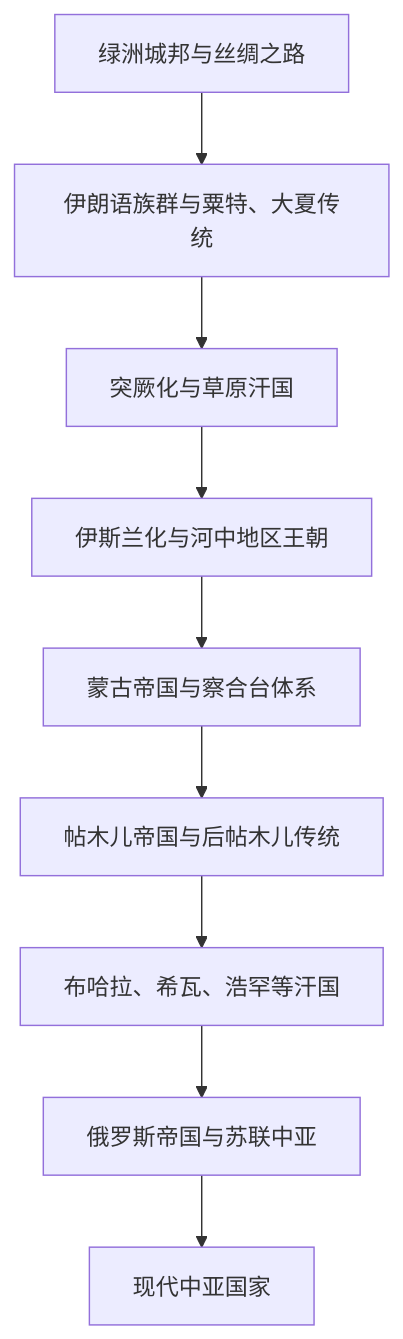
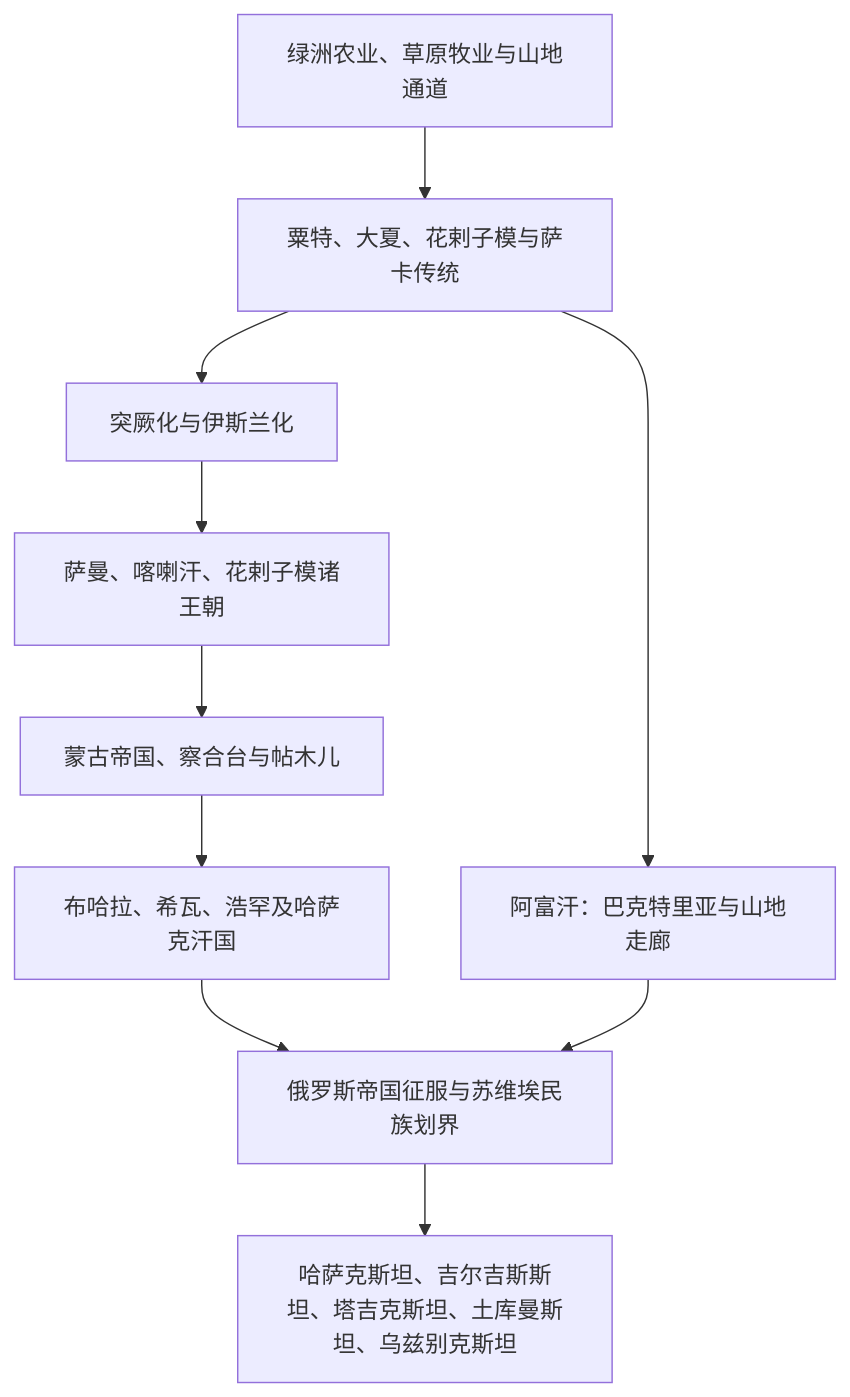
The diagram in 人文科学/历史/中亚/README.md (tianlan-dev/learning-notes), drawn with Mermaid before and after one commit. The commit also changed other lines of this file and 37 other files, not shown here.

````diff
--- a/人文科学/历史/中亚/README.md
+++ b/人文科学/历史/中亚/README.md
@@ -14,11 +9,12 @@
 ```mermaid
 flowchart TD
-    Oasis["绿洲城邦与丝绸之路"] --> Iranian["伊朗语族群与粟特、大夏传统"]
-    Iranian --> Turkic["突厥化与草原汗国"]
-    Turkic --> Islamic["伊斯兰化与河中地区王朝"]
-    Islamic --> Mongol["蒙古帝国与察合台体系"]
-    Mongol --> Timurid["帖木儿帝国与后帖木儿传统"]
-    Timurid --> Khanates["布哈拉、希瓦、浩罕等汗国"]
-    Khanates --> Russian["俄罗斯帝国与苏联中亚"]
-    Russian --> Modern["现代中亚国家"]
+    A["绿洲农业、草原牧业与山地通道"] --> B["粟特、大夏、花剌子模与萨卡传统"]
+    B --> C["突厥化与伊斯兰化"]
+    C --> D["萨曼、喀喇汗、花剌子模诸王朝"]
+    D --> E["蒙古帝国、察合台与帖木儿"]
+    E --> F["布哈拉、希瓦、浩罕及哈萨克汗国"]
+    F --> G["俄罗斯帝国征服与苏维埃民族划界"]
+    G --> H["哈萨克斯坦、吉尔吉斯斯坦、塔吉克斯坦、土库曼斯坦、乌兹别克斯坦"]
+    B --> I["阿富汗：巴克特里亚与山地走廊"]
+    I --> G
 ```
````
